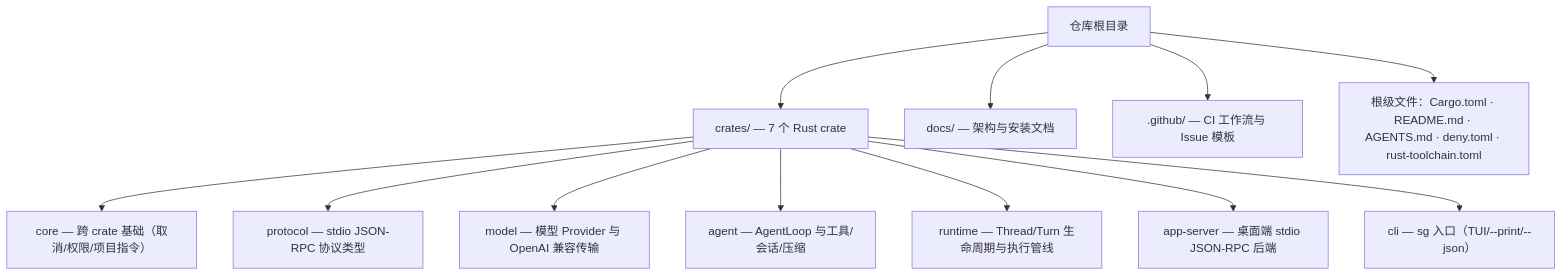
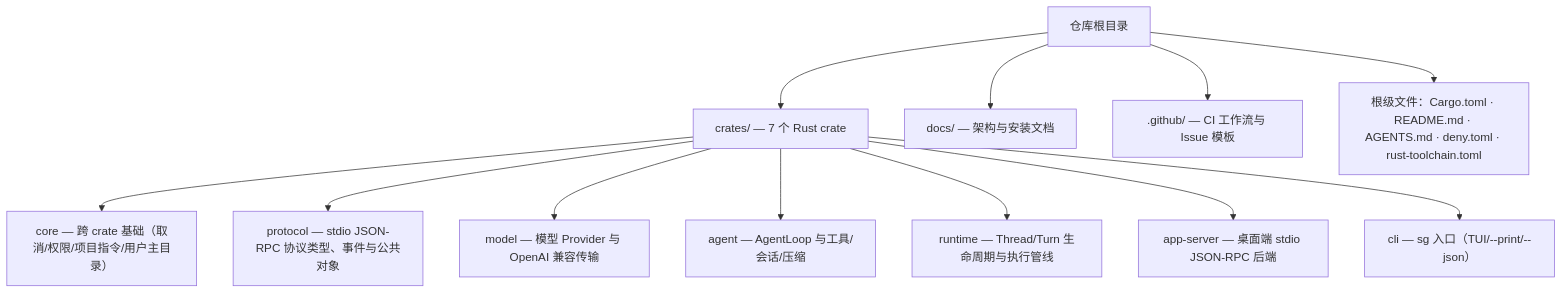
Before and after one commit to qjcnmd/singularity-agent: the first of 10 diagrams in docs/repository-map.md, drawn with Mermaid. The commit also changed other lines of this file and 1 other file, not shown here.

Commit message:
docs: 更新仓库地图与可靠性裁决记录（对齐 ThreadCatalog、protocol 与双协议分派）

````diff
--- a/docs/repository-map.md
+++ b/docs/repository-map.md
@@ -9,17 +8,17 @@
 ```mermaid
 flowchart TD
     ROOT["仓库根目录"]
 
     ROOT --> CRATES["crates/ — 7 个 Rust crate"]
     ROOT --> DOCS["docs/ — 架构与安装文档"]
     ROOT --> GITHUB[".github/ — CI 工作流与 Issue 模板"]
     ROOT --> ROOTFILES["根级文件：Cargo.toml · README.md · AGENTS.md · deny.toml · rust-toolchain.toml"]
 
-    CRATES --> C1["core — 跨 crate 基础（取消/权限/项目指令）"]
-    CRATES --> C2["protocol — stdio JSON-RPC 协议类型"]
+    CRATES --> C1["core — 跨 crate 基础（取消/权限/项目指令/用户主目录）"]
+    CRATES --> C2["protocol — stdio JSON-RPC 协议类型、事件与公共对象"]
     CRATES --> C3["model — 模型 Provider 与 OpenAI 兼容传输"]
     CRATES --> C4["agent — AgentLoop 与工具/会话/压缩"]
     CRATES --> C5["runtime — Thread/Turn 生命周期与执行管线"]
     CRATES --> C6["app-server — 桌面端 stdio JSON-RPC 后端"]
     CRATES --> C7["cli — sg 入口（TUI/--print/--json）"]
 ```
````
